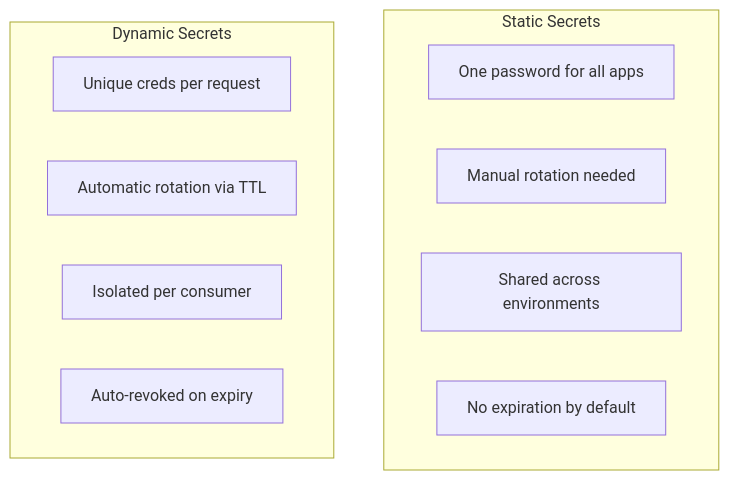
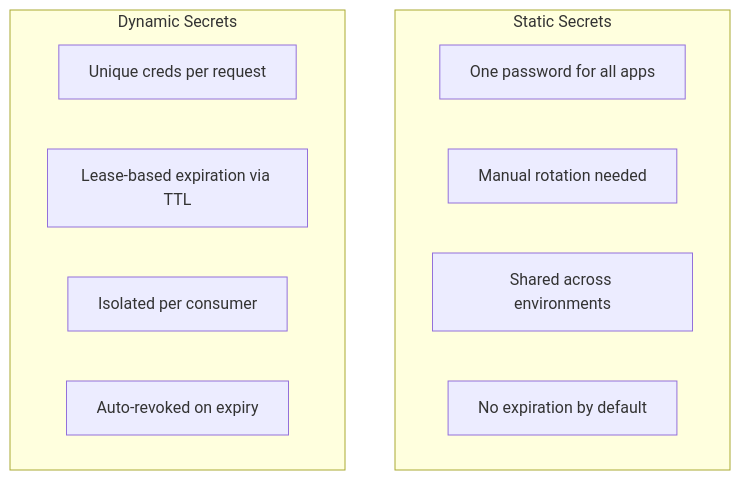
The second of 4 diagrams in posts/2026-02-20-vault-dynamic-secrets/README.md (OneUptime/blog), drawn with Mermaid before and after one commit. The commit also changed other lines of this file and 2 other files, not shown here.

````diff
--- a/posts/2026-02-20-vault-dynamic-secrets/README.md
+++ b/posts/2026-02-20-vault-dynamic-secrets/README.md
@@ -30,16 +30,16 @@
 ```mermaid
 flowchart TD
     subgraph Static Secrets
         S1[One password for all apps]
         S2[Manual rotation needed]
         S3[Shared across environments]
         S4[No expiration by default]
     end
 
     subgraph Dynamic Secrets
         D1[Unique creds per request]
-        D2[Automatic rotation via TTL]
+        D2[Lease-based expiration via TTL]
         D3[Isolated per consumer]
         D4[Auto-revoked on expiry]
     end
 ```
````
